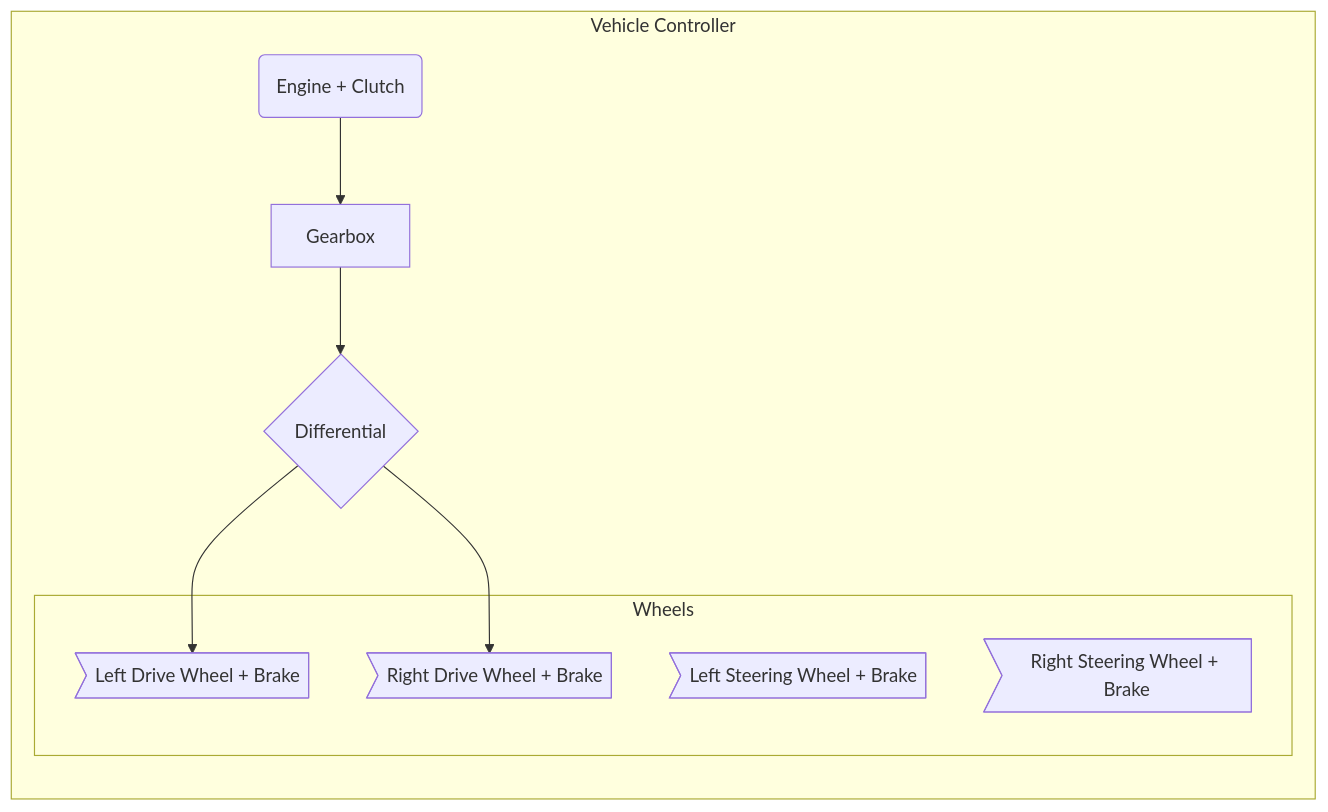
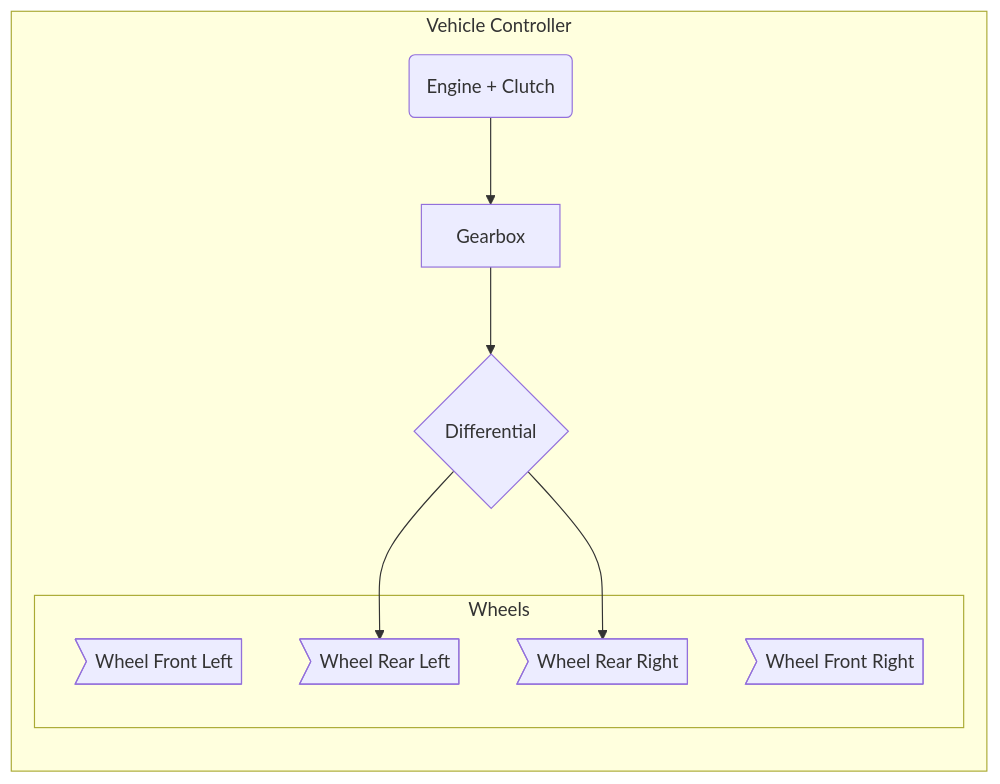
One commit to EdyJ/vehicle-physics-docs changed the first of 4 diagrams in docs/advanced/custom-blocks.md. Above: the diagram before and after it, drawn with Mermaid. The commit also changed other lines of this file and 2 other files, not shown here.

Commit message:
Added more nice flowcharts

```diff
--- a/docs/advanced/custom-blocks.md
+++ b/docs/advanced/custom-blocks.md
@@ -10,15 +10,23 @@
 <div class="mermaid">
 graph RL
 subgraph Vehicle Controller
 subgraph Wheels
-W0>Left Drive Wheel + Brake]
-W1>Right Drive Wheel + Brake]
-W2>Left Steering Wheel + Brake]
-W3>Right Steering Wheel + Brake]
+WFL>Wheel Front Left]
+WFR>Wheel Front Right]
+WRL>Wheel Rear Left]
+WRR>Wheel Rear Right]
 end
-Engine(Engine + Clutch) --> Gearbox
-Gearbox --> Diff{Differential}
-Diff --> W0
-Diff --> W1
+
+%% Re-define these here so they appear first
+WFL>Wheel Front Left]
+WFR>Wheel Front Right]
+
+Eng(Engine + Clutch)
+Gear[Gearbox]
+Diff{Differential}
+Eng-->Gear
+Gear-->Diff
+Diff-->WRL
+Diff-->WRR
 end
 </div>
```
